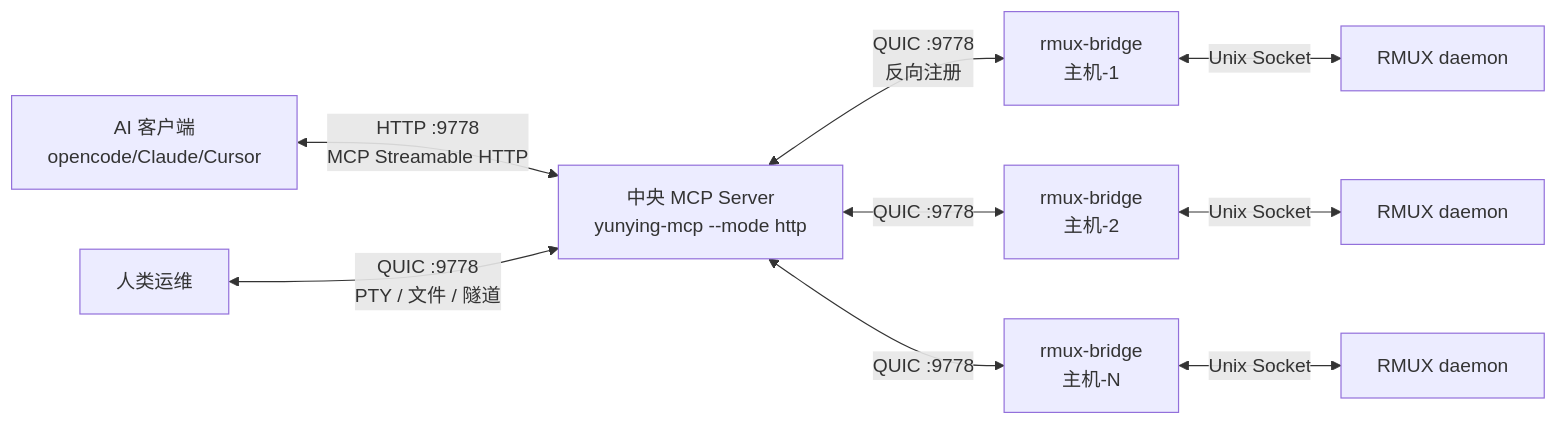
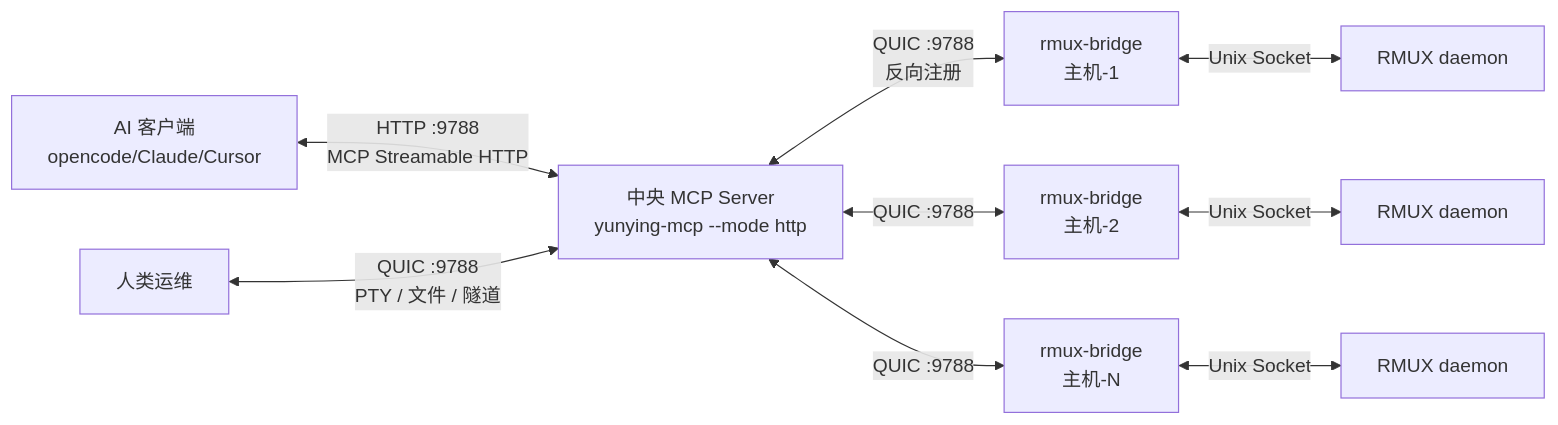
One commit to tddh/clum changed the diagram in README.zh.md. Above: the diagram before and after it, drawn with Mermaid. The commit also changed other lines of this file and 10 other files, not shown here.

````diff
--- a/README.zh.md
+++ b/README.zh.md
@@ -62,11 +62,11 @@
 ```mermaid
 graph LR
-    A[AI 客户端<br/>opencode/Claude/Cursor] <-->|HTTP :9778<br/>MCP Streamable HTTP| S[中央 MCP Server<br/>yunying-mcp --mode http]
-    H[人类运维] <-->|QUIC :9778<br/>PTY / 文件 / 隧道| S
-    S <-->|QUIC :9778<br/>反向注册| C1[rmux-bridge<br/>主机-1]
-    S <-->|QUIC :9778| C2[rmux-bridge<br/>主机-2]
-    S <-->|QUIC :9778| C3[rmux-bridge<br/>主机-N]
+    A[AI 客户端<br/>opencode/Claude/Cursor] <-->|HTTP :9788<br/>MCP Streamable HTTP| S[中央 MCP Server<br/>yunying-mcp --mode http]
+    H[人类运维] <-->|QUIC :9788<br/>PTY / 文件 / 隧道| S
+    S <-->|QUIC :9788<br/>反向注册| C1[rmux-bridge<br/>主机-1]
+    S <-->|QUIC :9788| C2[rmux-bridge<br/>主机-2]
+    S <-->|QUIC :9788| C3[rmux-bridge<br/>主机-N]
     C1 <-->|Unix Socket| D1[RMUX daemon]
     C2 <-->|Unix Socket| D2[RMUX daemon]
     C3 <-->|Unix Socket| D3[RMUX daemon]
 ```
````
